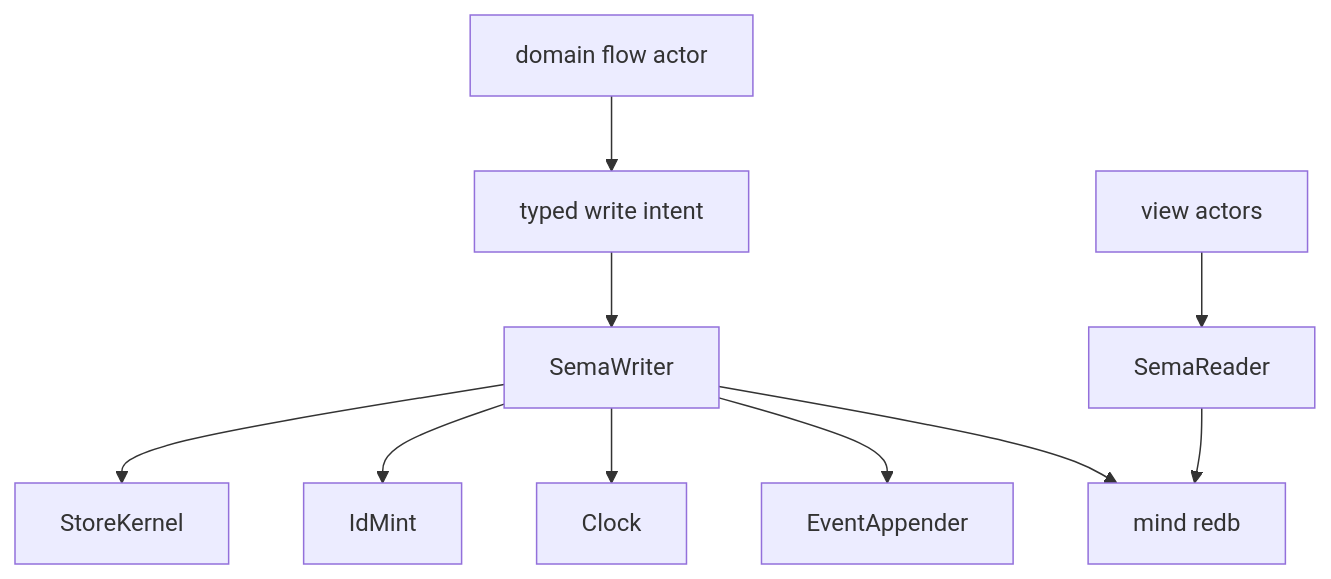
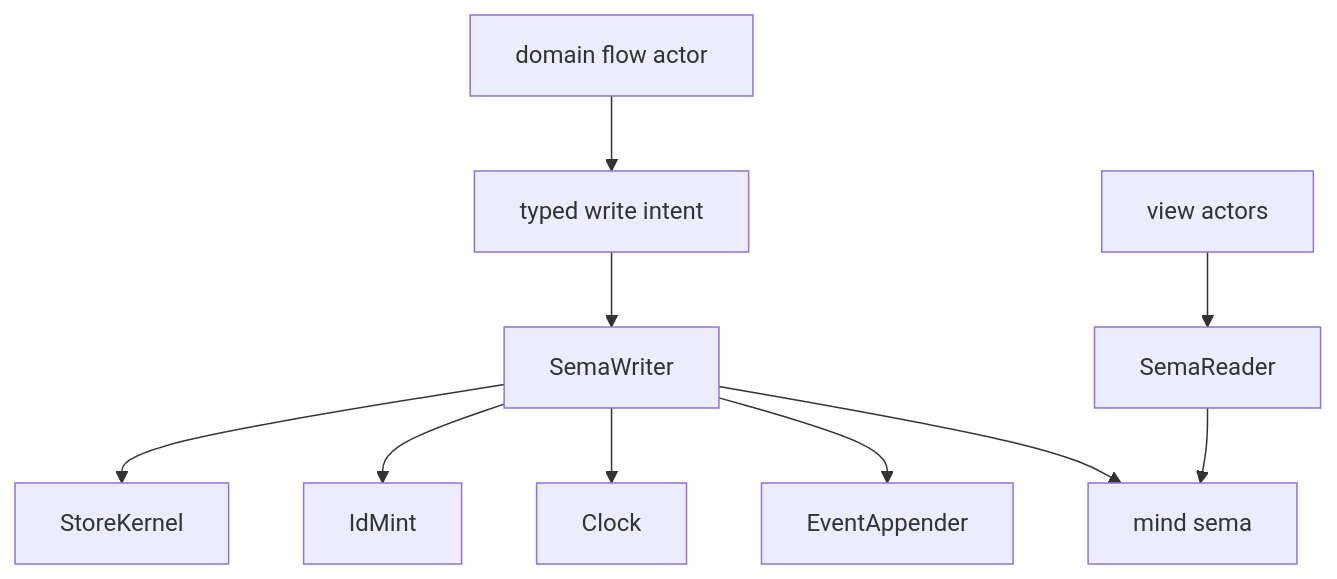
Before and after one commit to LiGoldragon/mind: the fifth of 6 diagrams in ARCHITECTURE.md, drawn with Mermaid. The commit also changed other lines of this file and 11 other files, not shown here.

Commit message:
mind: depend on sema-engine for storage boundary

````diff
--- a/ARCHITECTURE.md
+++ b/ARCHITECTURE.md
@@ -302,12 +302,12 @@
 ```mermaid
 graph TB
     flow[domain flow actor] --> intent[typed write intent]
     intent --> writer[SemaWriter]
     writer --> kernel[StoreKernel]
     writer --> ids[IdMint]
     writer --> clock[Clock]
     writer --> events[EventAppender]
-    writer --> db[mind redb]
+    writer --> db[mind sema]
     reader[SemaReader] --> db
     views[view actors] --> reader
 ```
````
